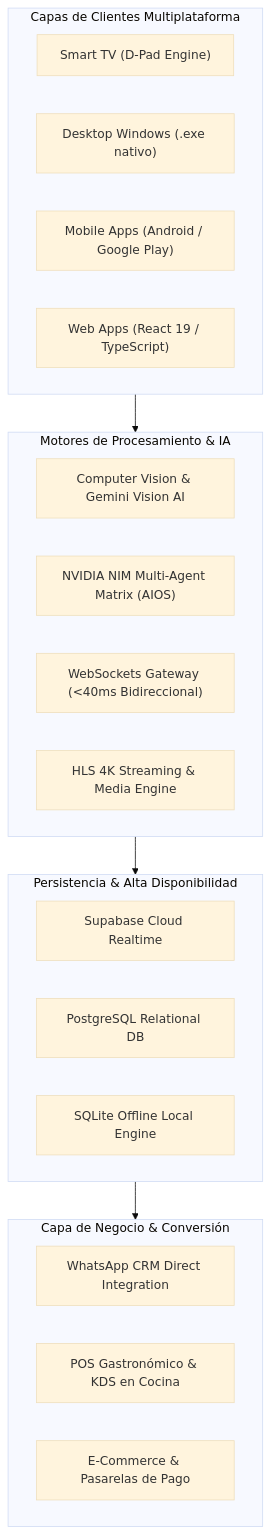
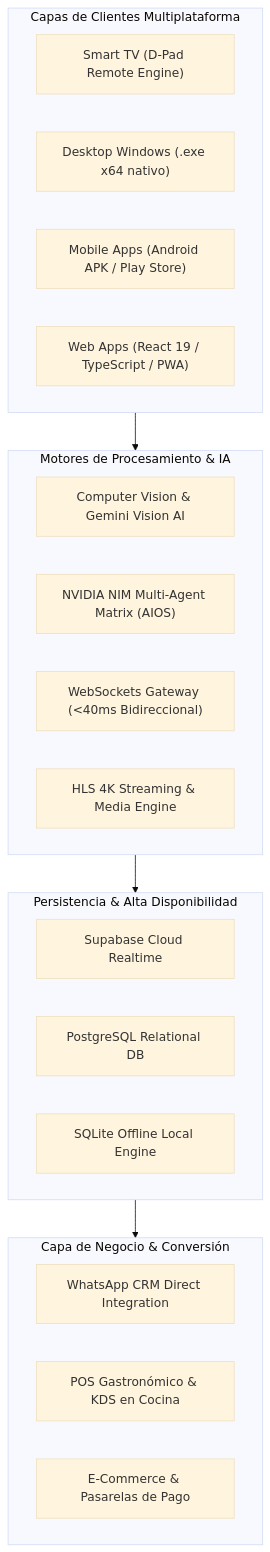
Before and after one commit to bvxlabs/bvxlabs: the diagram in README.md, drawn with Mermaid (base theme). The commit also changed other lines of this file and 50 other files, not shown here.

````diff
--- a/README.md
+++ b/README.md
@@ -28,32 +28,32 @@
 ```mermaid
 flowchart TD
     subgraph CLIENT_PLATFORMS["Capas de Clientes Multiplataforma"]
-        C1["Smart TV (D-Pad Engine)"]
-        C2["Desktop Windows (.exe nativo)"]
-        C3["Mobile Apps (Android / Google Play)"]
-        C4["Web Apps (React 19 / TypeScript)"]
+        C1["Smart TV (D-Pad Remote Engine)"]
+        C2["Desktop Windows (.exe x64 nativo)"]
+        C3["Mobile Apps (Android APK / Play Store)"]
+        C4["Web Apps (React 19 / TypeScript / PWA)"]
     end
 
     subgraph ENGINE_CORE["Motores de Procesamiento & IA"]
         E1["Computer Vision & Gemini Vision AI"]
         E2["NVIDIA NIM Multi-Agent Matrix (AIOS)"]
         E3["WebSockets Gateway (<40ms Bidireccional)"]
         E4["HLS 4K Streaming & Media Engine"]
     end
 
     subgraph DATA_PERSISTENCE["Persistencia & Alta Disponibilidad"]
         D1["Supabase Cloud Realtime"]
         D2["PostgreSQL Relational DB"]
         D3["SQLite Offline Local Engine"]
     end
 
     subgraph CONVERSION["Capa de Negocio & Conversión"]
         B1["WhatsApp CRM Direct Integration"]
         B2["POS Gastronómico & KDS en Cocina"]
         B3["E-Commerce & Pasarelas de Pago"]
     end
 
     CLIENT_PLATFORMS --> ENGINE_CORE
     ENGINE_CORE --> DATA_PERSISTENCE
     DATA_PERSISTENCE --> CONVERSION
 ```
````
